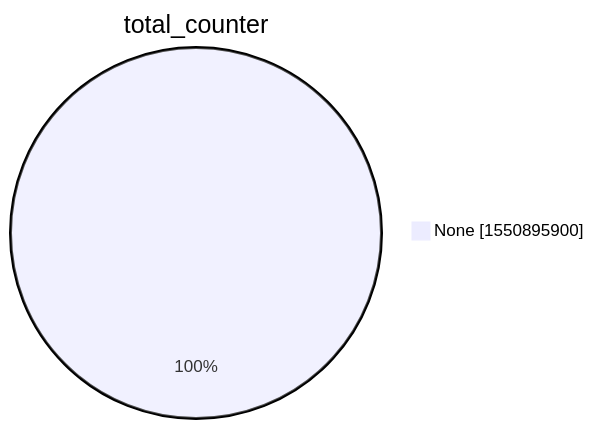
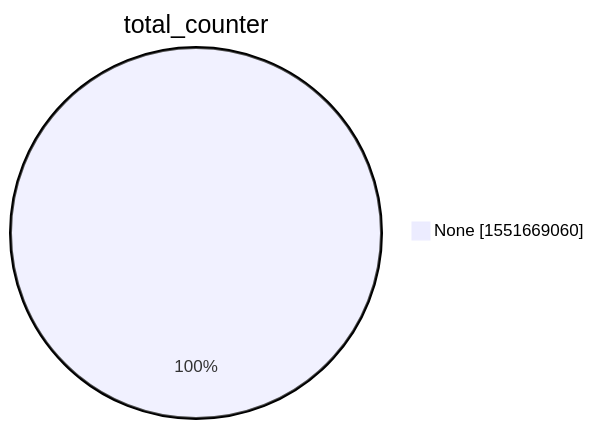
Before and after one commit to christiankrug/ctmonitor_visualization: the second of 15 diagrams in xenon2022/README.md, drawn with Mermaid. The commit also changed other lines of this file, not shown here.

````diff
--- a/xenon2022/README.md
+++ b/xenon2022/README.md
@@ -9,5 +9,5 @@
 ```mermaid
 pie showData
 title total_counter
-"None" :1550895900
+"None" :1551669060
 ```
````
